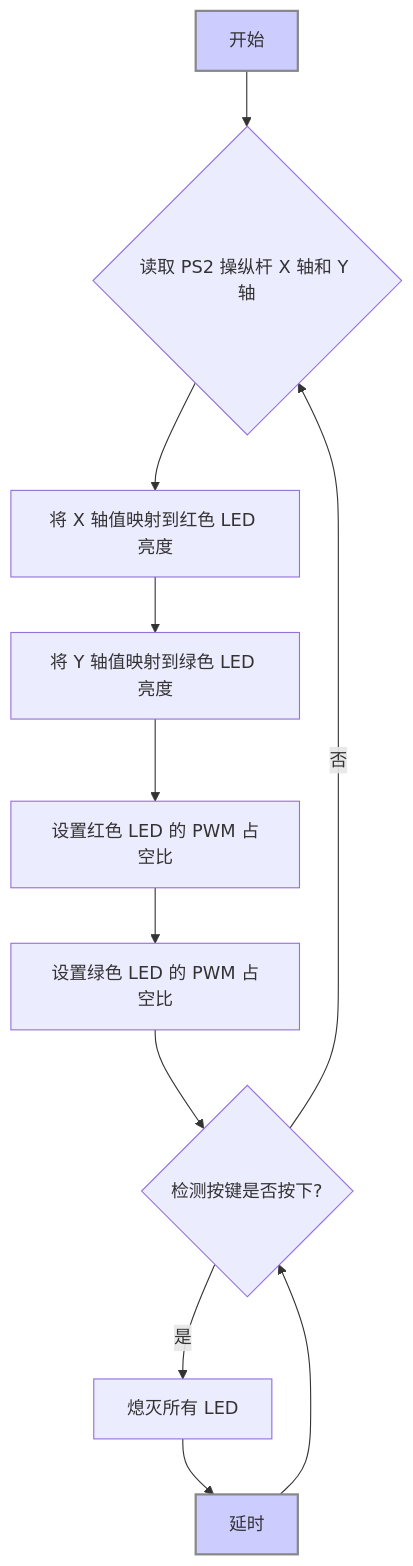
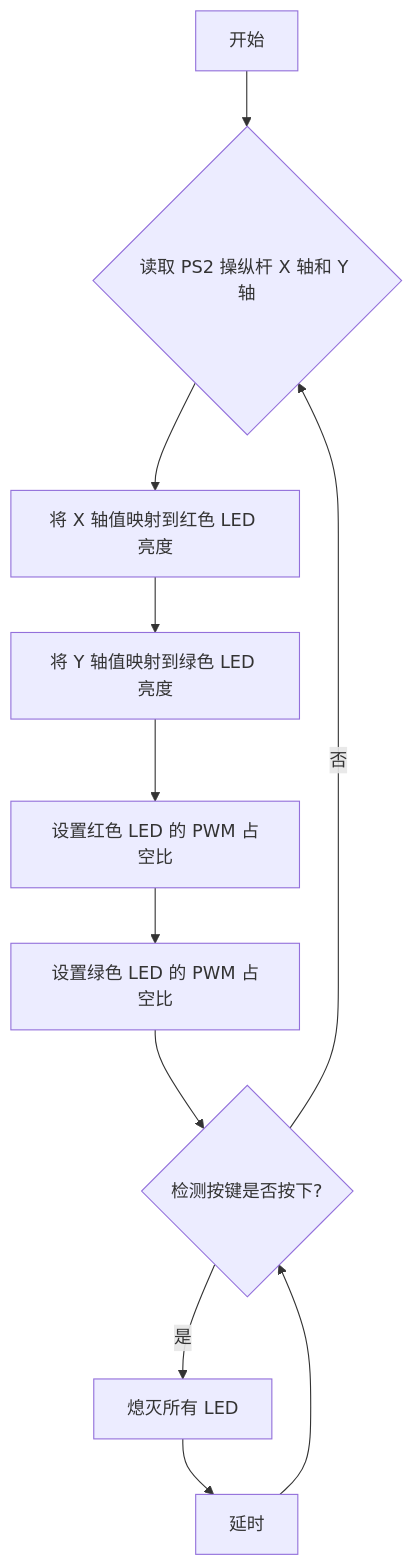
The diagram in docs/lab8.md (sergiudm/ee351-lab-reports), drawn with Mermaid before and after one commit.

Commit message:
Remove unnecessary style definitions from lab8 flowchart for cleaner documentation

````diff
--- a/docs/lab8.md
+++ b/docs/lab8.md
@@ -42,15 +42,13 @@
 ```mermaid
 graph TD
     A[开始] --> B{读取 PS2 操纵杆 X 轴和 Y 轴};
     B --> C[将 X 轴值映射到红色 LED 亮度];
     C --> D[将 Y 轴值映射到绿色 LED 亮度];
     D --> E[设置红色 LED 的 PWM 占空比];
     E --> F[设置绿色 LED 的 PWM 占空比];
     F --> G{检测按键是否按下?};
     G -- 是 --> H[熄灭所有 LED];
     H --> I[延时];
     I --> G
     G -- 否 --> B;
-    style A fill:#ccf,stroke:#888,stroke-width:2px
-    style I fill:#ccf,stroke:#888,stroke-width:2px
 ```
````
